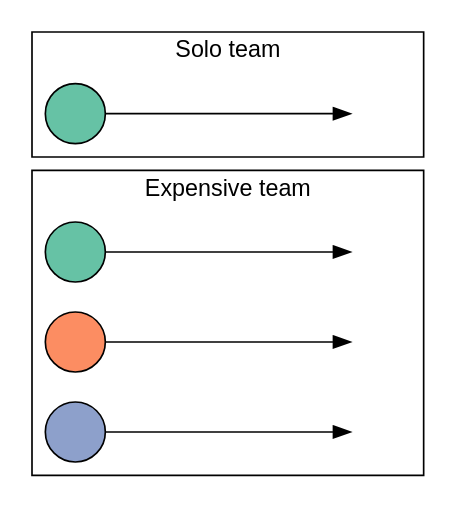
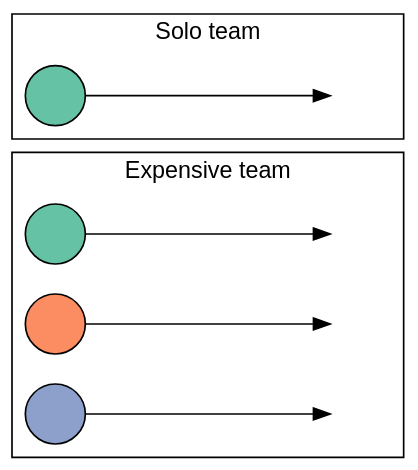
Before and after one commit to pedmiston/diachronic-teams: the diagram in evoteams/inst/extdata/control-groups.gv, drawn with Graphviz. The commit also changed 7 other files, not shown here.

Commit message:
Show all groups in first fig

```diff
--- a/evoteams/inst/extdata/control-groups.gv
+++ b/evoteams/inst/extdata/control-groups.gv
@@ -1,30 +1,31 @@
 digraph {
   fontname=helvetica;
   node[fontname=helvetica; label=""; style=filled; width=0.5];
   edge[minlen=4.0];
   rankdir=LR;
+  bgcolor=transparent;
 
   // Determine subgraph order
   a, s
 
   // Colors are people
   s, a[fillcolor="#66C2A5"];
   b[fillcolor="#FC8D62"];
   c[fillcolor="#8DA0CB"];
 
   // Invisible last nodes
   sinv, ainv, binv, cinv[style=invis];
 
   subgraph cluster0 {
     label="Solo team";
     s -> sinv;
   }
 
   subgraph cluster1 {
     label="Expensive team";
     a -> ainv;
     b -> binv;
     c -> cinv;
   }
 
 }
```
